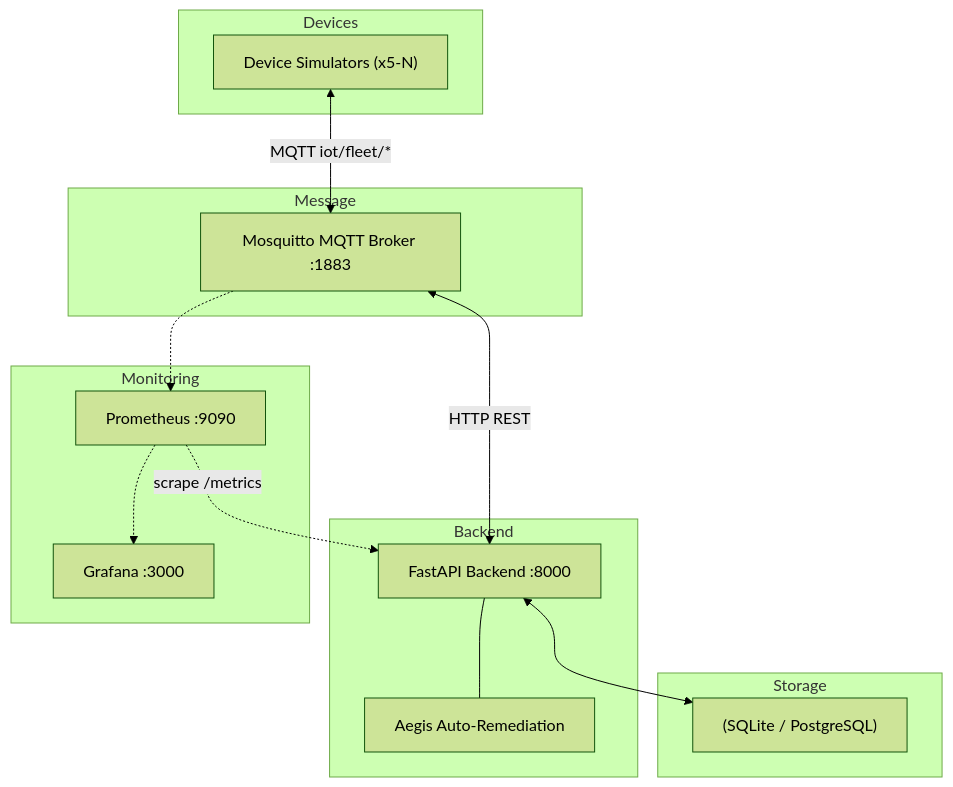
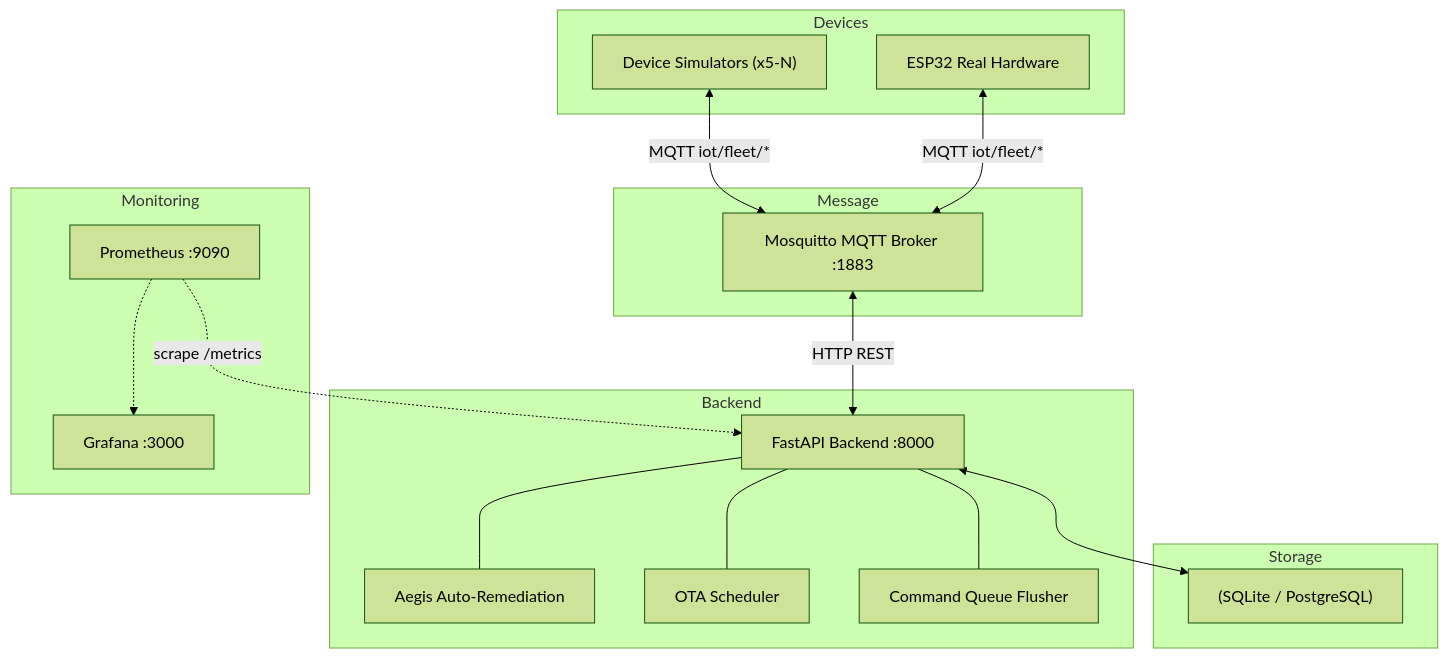
One commit to yevano09/fleet-management changed the first of 2 diagrams in README.md. Above: the diagram before and after it, drawn with Mermaid (forest theme). The commit also changed other lines of this file and 44 other files, not shown here.

````diff
--- a/README.md
+++ b/README.md
@@ -7,27 +7,31 @@
 ```mermaid
 graph TB
     subgraph Devices["Devices"]
         SIM["Device Simulators (x5-N)"]
+        ESP["ESP32 Real Hardware"]
     end
     subgraph MQTT["Message"]
         MOS["Mosquitto MQTT Broker :1883"]
     end
     subgraph Backend["Backend"]
         API["FastAPI Backend :8000"]
         AEG["Aegis Auto-Remediation"]
+        SCHED["OTA Scheduler"]
+        FLUSH["Command Queue Flusher"]
     end
     subgraph Storage["Storage"]
         DB["(SQLite / PostgreSQL)"]
     end
     subgraph Monitoring["Monitoring"]
         PRO["Prometheus :9090"]
         GRA["Grafana :3000"]
     end
-    SIM <-->|MQTT iot/fleet/*| MOS
+    SIM & ESP <-->|MQTT iot/fleet/*| MOS
     MOS <-->|HTTP REST| API
     API --- AEG
+    API --- SCHED
+    API --- FLUSH
     API <--> DB
     PRO -.->|scrape /metrics| API
     PRO -.-> GRA
-    MOS -.-> PRO
 ```
````
